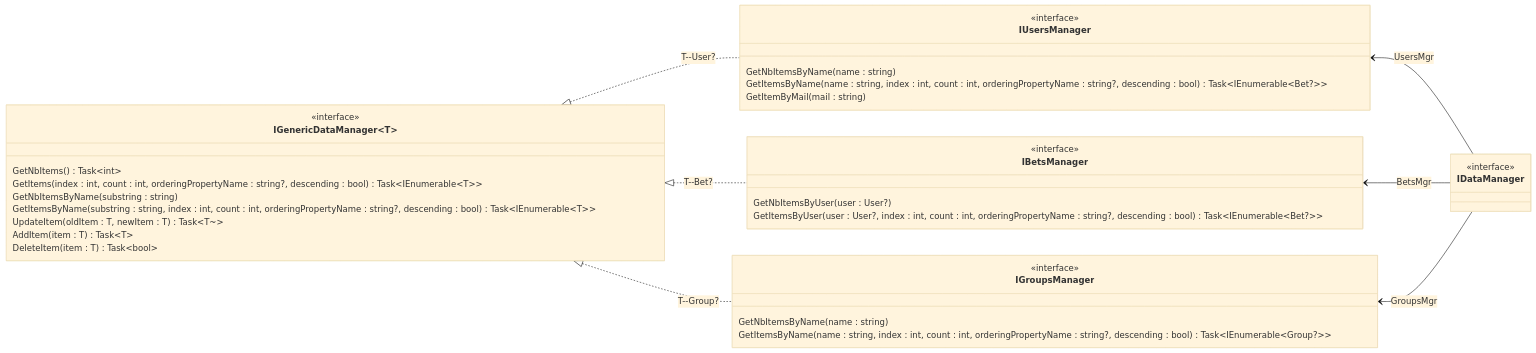
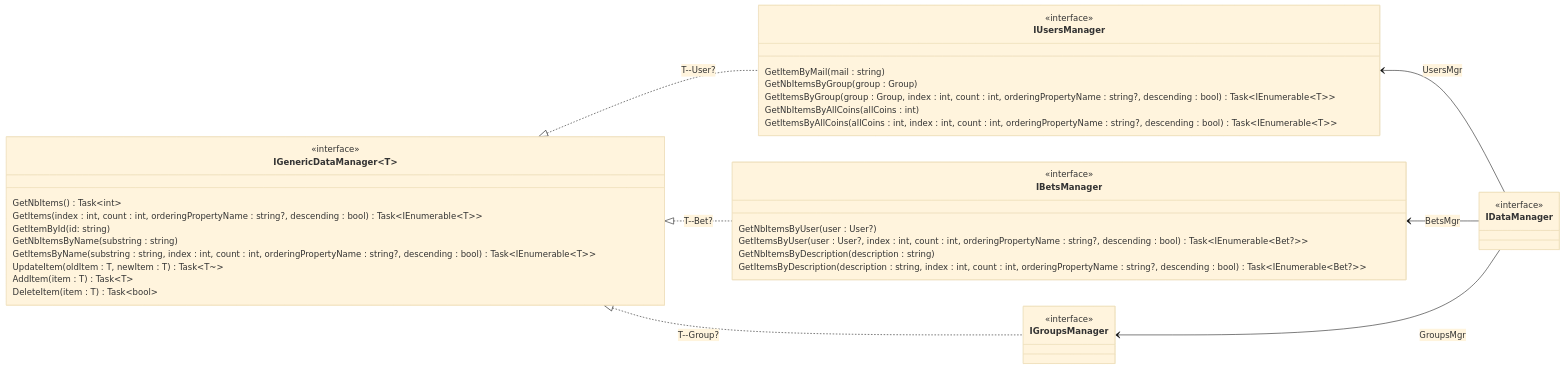
The second of 3 diagrams in README.md (Allin-App/Allin-API), drawn with Mermaid (base theme) before and after one commit.

Commit message:
Mise à jour de 'README.md'

````diff
--- a/README.md
+++ b/README.md
@@ -76,41 +76,43 @@
 ```mermaid
 classDiagram
 direction LR;
 class IGenericDataManager~T~{
     <<interface>>
     GetNbItems() Task~int~
     GetItems(index : int, count : int, orderingPropertyName : string?, descending : bool) Task~IEnumerable~T~~
+    GetItemById(id: string)
     GetNbItemsByName(substring : string)
     GetItemsByName(substring : string, index : int, count : int, orderingPropertyName : string?, descending : bool) Task~IEnumerable~T~~
     UpdateItem(oldItem : T, newItem : T) Task~T~~
     AddItem(item : T) Task~T~
     DeleteItem(item : T) Task~bool~
 }
 class IUsersManager{
     <<interface>>
-    GetNbItemsByName(name : string)
-    GetItemsByName(name : string, index : int, count : int, orderingPropertyName : string?, descending : bool) Task~IEnumerable~Bet?~~
     GetItemByMail(mail : string)
+    GetNbItemsByGroup(group : Group)
+    GetItemsByGroup(group : Group, index : int, count : int, orderingPropertyName : string?, descending : bool) Task~IEnumerable~T~~
+    GetNbItemsByAllCoins(allCoins : int)
+    GetItemsByAllCoins(allCoins : int, index : int, count : int, orderingPropertyName : string?, descending : bool) Task~IEnumerable~T~~
 }
 class IBetsManager{
     <<interface>>
     GetNbItemsByUser(user : User?)
     GetItemsByUser(user : User?, index : int, count : int, orderingPropertyName : string?, descending : bool) Task~IEnumerable~Bet?~~
+    GetNbItemsByDescription(description : string)
+    GetItemsByDescription(description : string, index : int, count : int, orderingPropertyName : string?, descending : bool) Task~IEnumerable~Bet?~~
 }
-
 class IGroupsManager{
     <<interface>>
-    GetNbItemsByName(name : string)
-    GetItemsByName(name : string, index : int, count : int, orderingPropertyName : string?, descending : bool) Task~IEnumerable~Group?~~
 }
 
 IGenericDataManager~User?~ <|.. IUsersManager : T--User?
 IGenericDataManager~Bet?~ <|.. IBetsManager : T--Bet?
 IGenericDataManager~Group?~ <|.. IGroupsManager : T--Group?
 class IDataManager{
     <<interface>>
 }
 IUsersManager <-- IDataManager : UsersMgr
 IBetsManager <-- IDataManager : BetsMgr
 IGroupsManager <-- IDataManager : GroupsMgr
 ```
````
